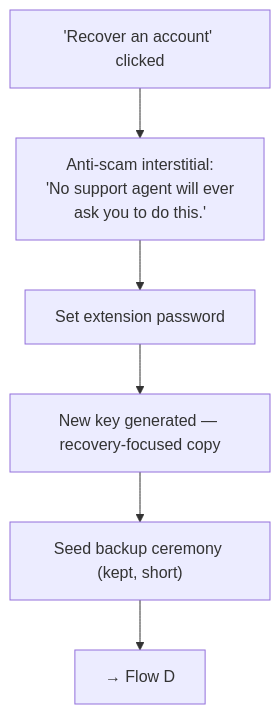
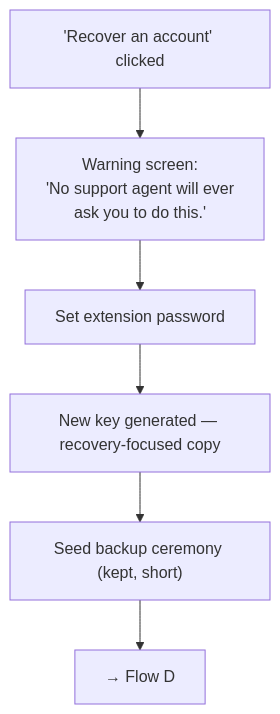
One commit to FiboAtWonder/kohaku-extension changed the second of 10 diagrams in social-recovery-ux-flows.md. Above: the diagram before and after it, drawn with Mermaid. The commit also changed other lines of this file and 1 other file, not shown here.

````diff
--- a/social-recovery-ux-flows.md
+++ b/social-recovery-ux-flows.md
@@ -51,10 +52,10 @@
 ```mermaid
 flowchart TD
-    A["'Recover an account' clicked"] --> S["Anti-scam interstitial:<br/>'No support agent will ever<br/>ask you to do this.'"]
+    A["'Recover an account' clicked"] --> S["Warning screen:<br/>'No support agent will ever<br/>ask you to do this.'"]
     S --> B[Set extension password]
     B --> C["New key generated — recovery-focused copy"]
     C --> D["Seed backup ceremony (kept, short)"]
     D --> E[→ Flow D]
 
     click E href "#flow-d--recover-an-account"
 ```
````
